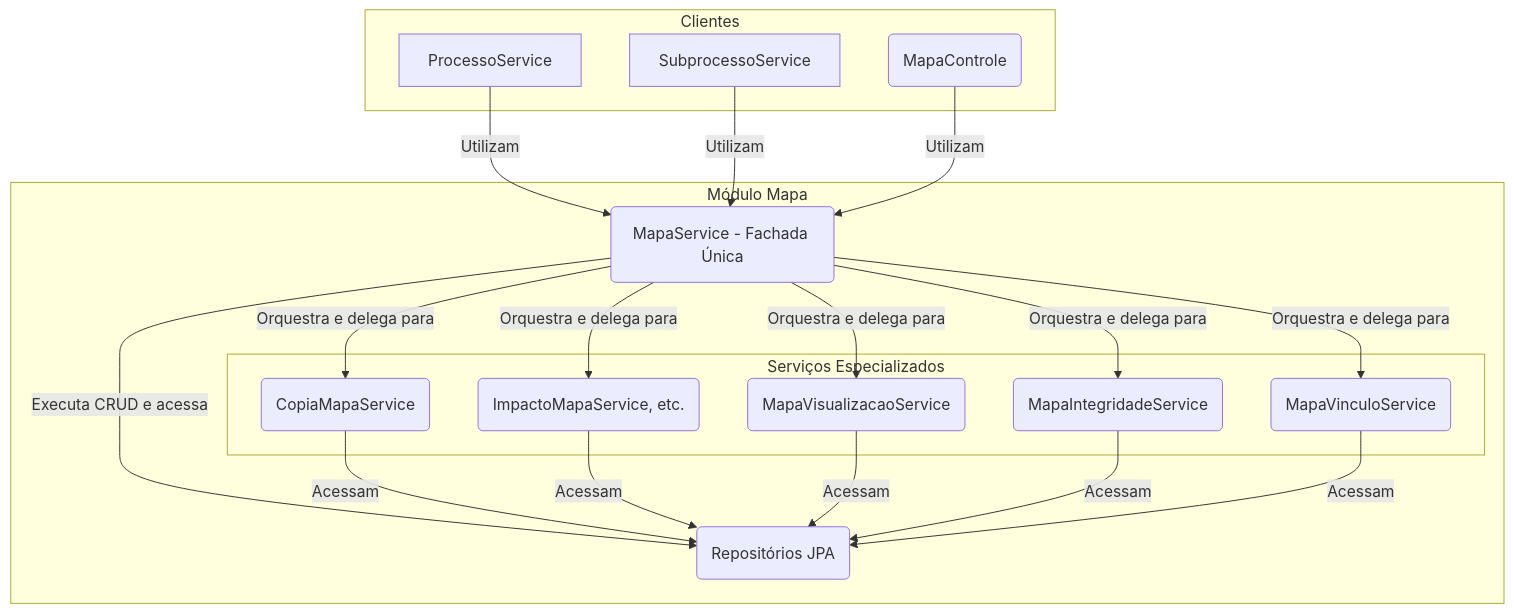
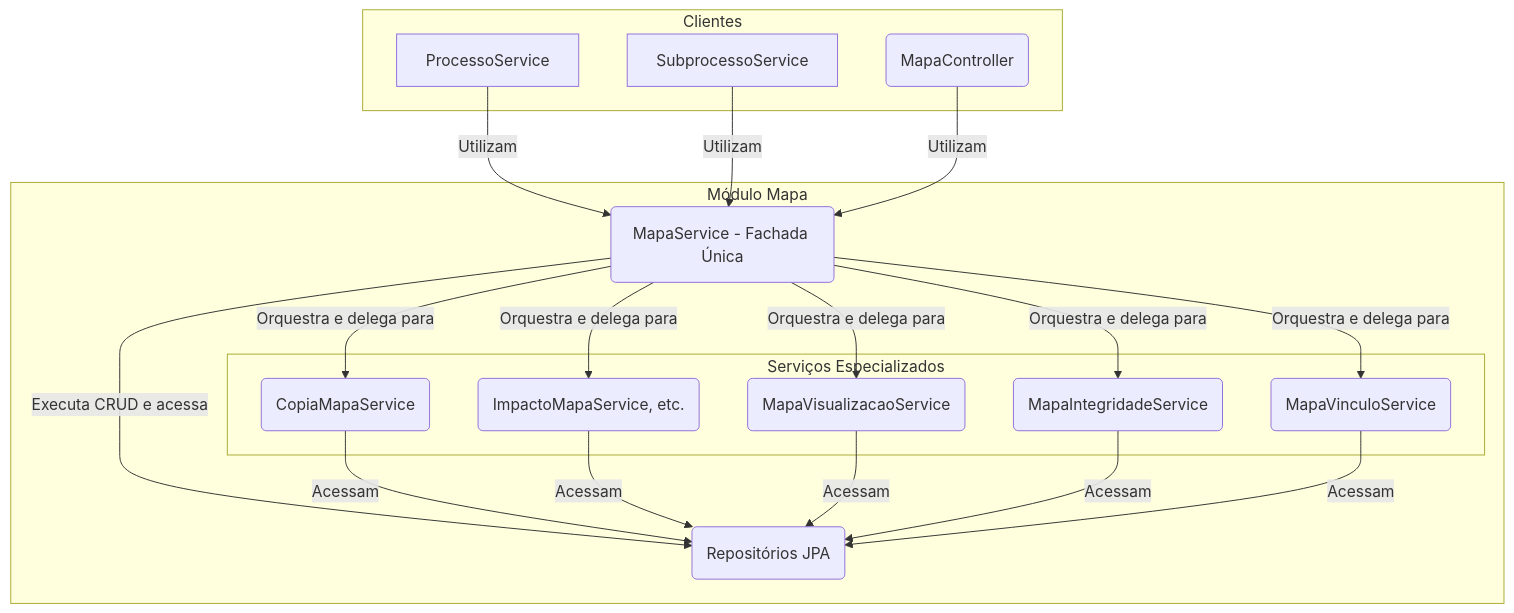
The diagram in backend/src/main/java/sgc/mapa/README.md (lgalvao/sgc), drawn with Mermaid before and after one commit. The commit also changed other lines of this file and 13 other files, not shown here.

````diff
--- a/backend/src/main/java/sgc/mapa/README.md
+++ b/backend/src/main/java/sgc/mapa/README.md
@@ -11,29 +11,29 @@
 ```mermaid
 graph TD
     subgraph "Clientes"
         ProcessoService
         SubprocessoService
-        Controle(MapaControle)
+        Controle(MapaController)
     end
 
     subgraph "Módulo Mapa"
         Facade(MapaService - Fachada Única)
 
         subgraph "Serviços Especializados"
             Copia(CopiaMapaService)
             Impacto(ImpactoMapaService, etc.)
             Visualizacao(MapaVisualizacaoService)
             Integridade(MapaIntegridadeService)
             Vinculo(MapaVinculoService)
         end
 
         Repos(Repositórios JPA)
     end
 
     ProcessoService & SubprocessoService & Controle -- Utilizam --> Facade
 
     Facade -- Orquestra e delega para --> Copia & Impacto & Visualizacao & Integridade & Vinculo
     Facade -- Executa CRUD e acessa --> Repos
 
     Copia & Impacto & Visualizacao & Integridade & Vinculo -- Acessam --> Repos
 ```
````
